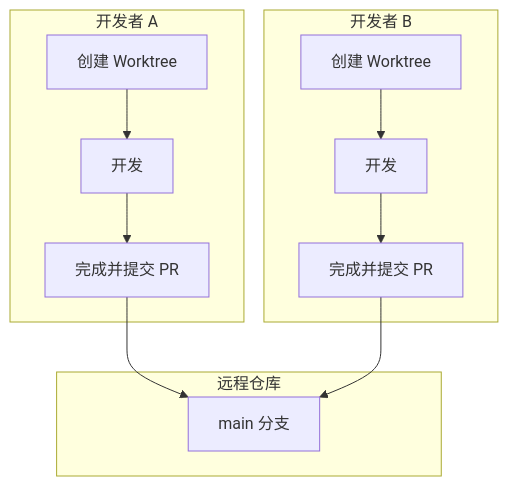
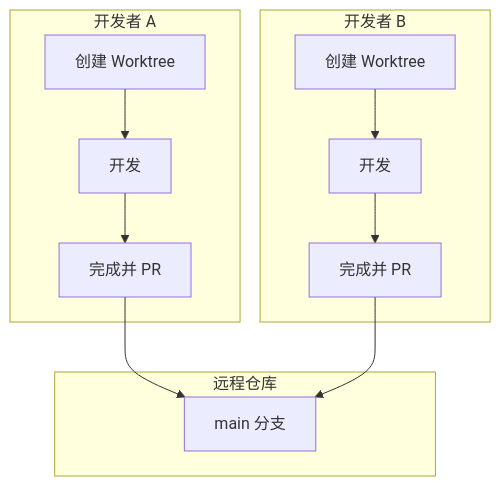
One commit to modu-ai/moai-adk changed the ninth of 9 diagrams in docs-site/content/zh/worktree/faq.md. Above: the diagram before and after it, drawn with Mermaid. The commit also changed other lines of this file and 180 other files, not shown here.

````diff
--- a/docs-site/content/zh/worktree/faq.md
+++ b/docs-site/content/zh/worktree/faq.md
@@ -503,21 +484,21 @@
 ```mermaid
 graph TB
     subgraph DevA["开发者 A"]
         A1[创建 Worktree]
         A2[开发]
-        A3[完成并提交 PR]
+        A3[完成并 PR]
     end
 
     subgraph DevB["开发者 B"]
         B1[创建 Worktree]
         B2[开发]
-        B3[完成并提交 PR]
+        B3[完成并 PR]
     end
 
     subgraph Remote["远程仓库"]
         R[main 分支]
     end
 
     A1 --> A2 --> A3 --> R
     B1 --> B2 --> B3 --> R
 ```
````
